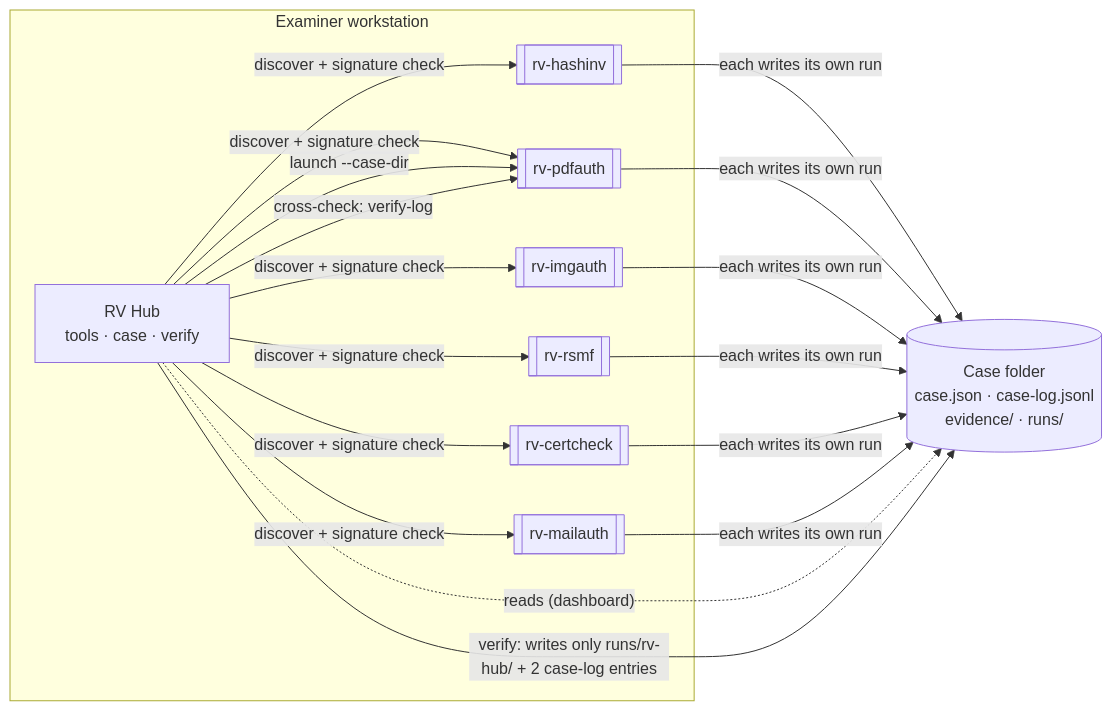
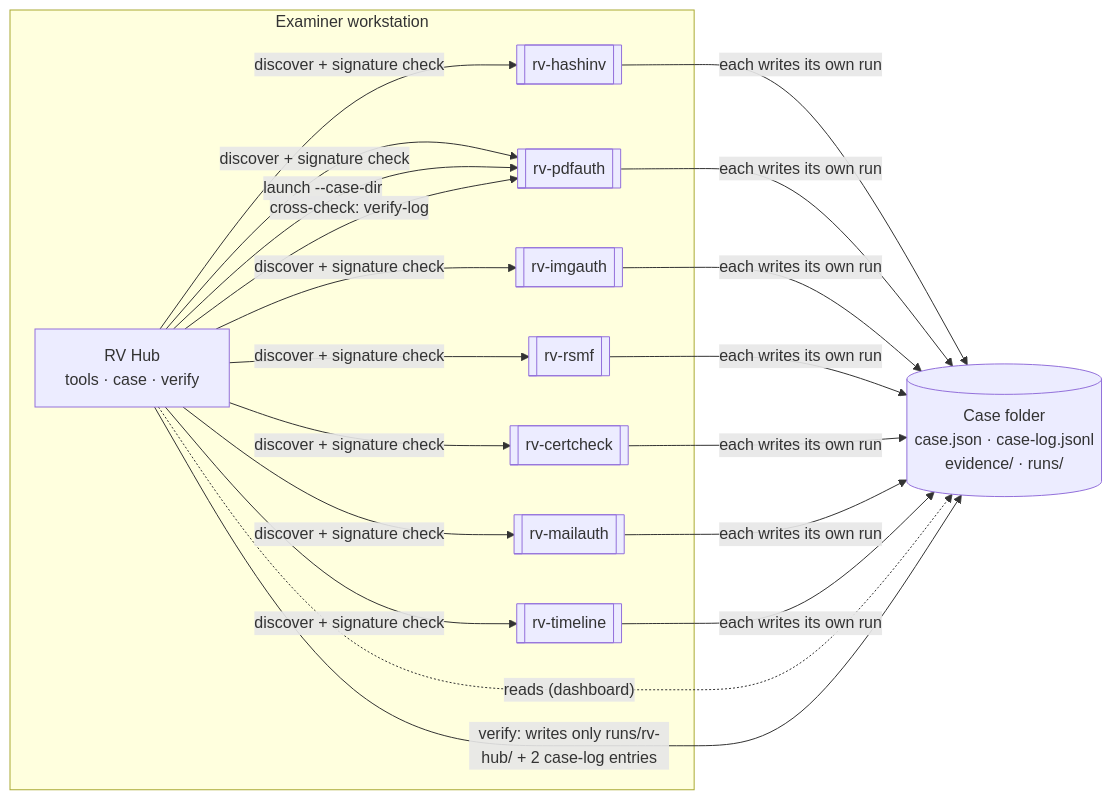
The first of 2 diagrams in README.md (Panacota96/rv-hub), drawn with Mermaid before and after one commit. The commit also changed other lines of this file and 10 other files, not shown here.

First line of the commit message:
docs: RV Timeline as the seventh known tool, the timeline suggestion rule, screenshots

````diff
--- a/README.md
+++ b/README.md
@@ -28,19 +28,20 @@
 ```mermaid
 flowchart LR
     subgraph WS["Examiner workstation"]
         HUB["RV Hub<br/>tools · case · verify"]
         T1[["rv-hashinv"]]
         T2[["rv-pdfauth"]]
         T3[["rv-imgauth"]]
         T4[["rv-rsmf"]]
         T5[["rv-certcheck"]]
         T6[["rv-mailauth"]]
+        T7[["rv-timeline"]]
     end
     CASE[("Case folder<br/>case.json · case-log.jsonl<br/>evidence/ · runs/")]
-    HUB -- "discover + signature check" --> T1 & T2 & T3 & T4 & T5 & T6
+    HUB -- "discover + signature check" --> T1 & T2 & T3 & T4 & T5 & T6 & T7
     HUB -- "launch --case-dir" --> T2
-    T1 & T2 & T3 & T4 & T5 & T6 -- "each writes its own run" --> CASE
+    T1 & T2 & T3 & T4 & T5 & T6 & T7 -- "each writes its own run" --> CASE
     HUB -. "reads (dashboard)" .-> CASE
     HUB -- "verify: writes only runs/rv-hub/ + 2 case-log entries" --> CASE
     HUB -- "cross-check: verify-log" --> T2
 ```
````
